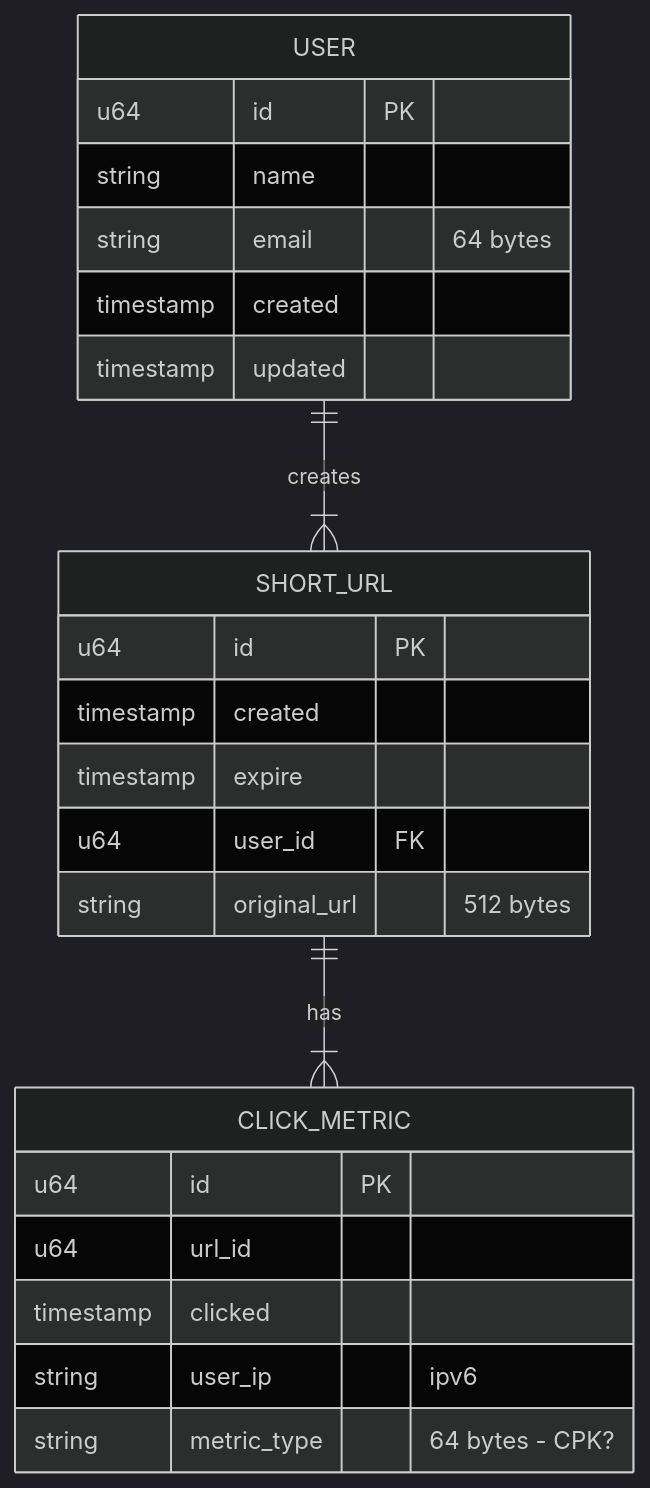
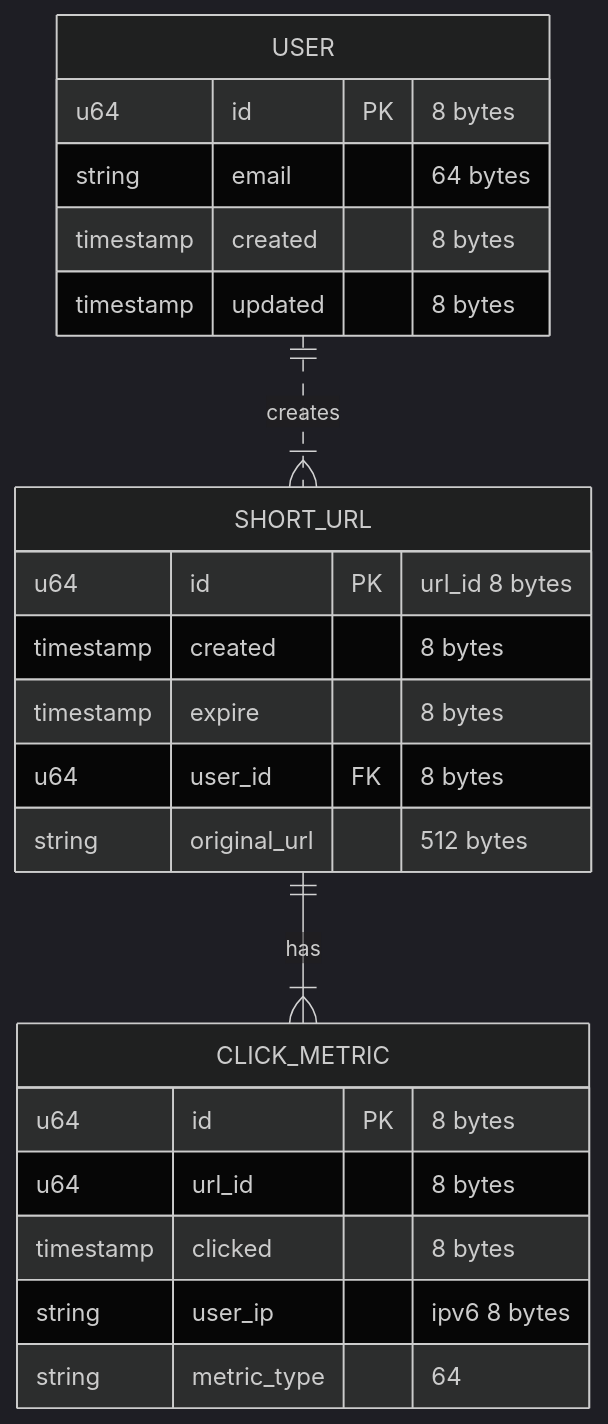
Before and after one commit to brpandey/leetcode-notes: the first of 2 diagrams in sys-design/hacking/24_url_shortener.md, drawn with Mermaid (dark theme). The commit also changed other lines of this file and 16 other files, not shown here.

Commit message:
Added schema data type sizes

````diff
--- a/sys-design/hacking/24_url_shortener.md
+++ b/sys-design/hacking/24_url_shortener.md
@@ -43,29 +42,28 @@
 ```mermaid
   erDiagram
-    USER ||--|{ SHORT_URL: creates
+    USER ||..|{ SHORT_URL: creates
     SHORT_URL ||--|{ CLICK_METRIC: has
     
     SHORT_URL {
-        u64 id PK
-        timestamp created
-        timestamp expire
-        u64 user_id FK
+        u64 id PK "url_id 8 bytes"
+        timestamp created "8 bytes"
+        timestamp expire "8 bytes"
+        u64 user_id FK "8 bytes"
         string original_url "512 bytes"
     }
     
     USER {
-        u64 id PK 
-        string name
+        u64 id PK "8 bytes"
         string email "64 bytes"
-        timestamp created
-        timestamp updated
+        timestamp created "8 bytes"
+        timestamp updated "8 bytes"
     }
     
     CLICK_METRIC {
-        u64 id PK
-        u64 url_id
-        timestamp clicked
-        string user_ip "ipv6"
-        string metric_type "64 bytes - CPK?"
+        u64 id PK "8 bytes"
+        u64 url_id "8 bytes"
+        timestamp clicked "8 bytes"
+        string user_ip "ipv6 8 bytes"
+        string metric_type "64"
     }
 ```
````
